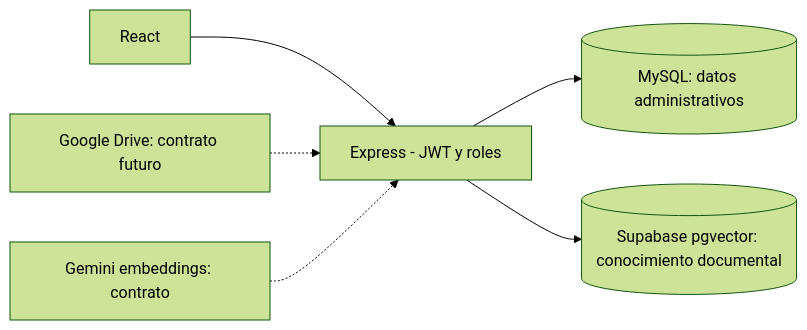
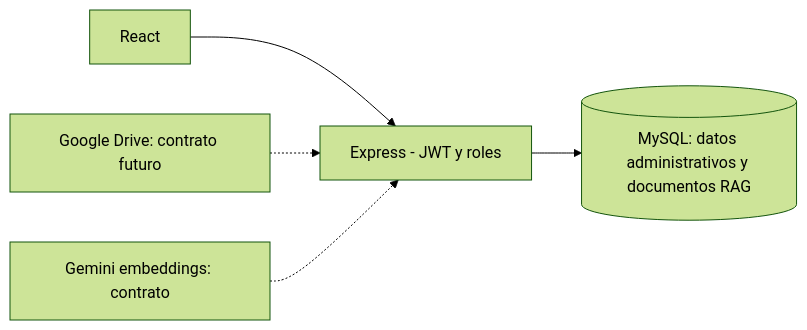
Before and after one commit to salgueroreymond2-tech/miniproyecto-2-BE: the first of 2 diagrams in docs/database-erd.md, drawn with Mermaid (forest theme). The commit also changed other lines of this file and 4 other files, not shown here.

````diff
--- a/docs/database-erd.md
+++ b/docs/database-erd.md
@@ -3,8 +3,7 @@
 ```mermaid
 flowchart LR
   UI[React] --> API[Express - JWT y roles]
-  API --> MYSQL[(MySQL: datos administrativos)]
-  API --> VECTOR[(Supabase pgvector: conocimiento documental)]
+  API --> MYSQL[(MySQL: datos administrativos y documentos RAG)]
   DRIVE[Google Drive: contrato futuro] -.-> API
   GEMINI[Gemini embeddings: contrato] -.-> API
 ```
````
